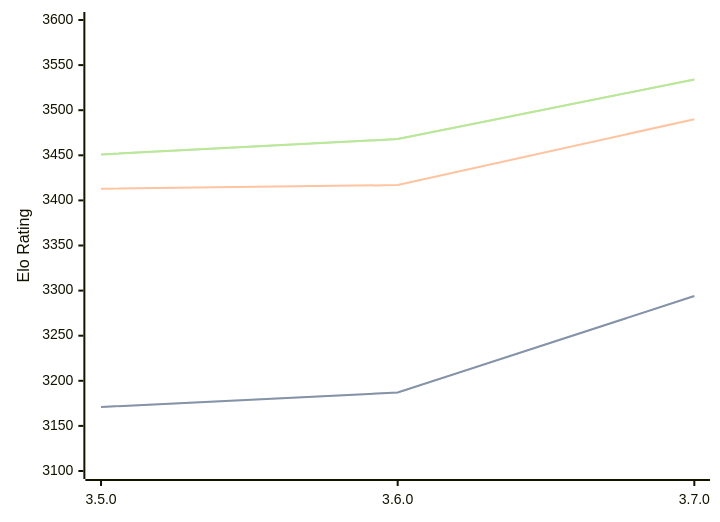
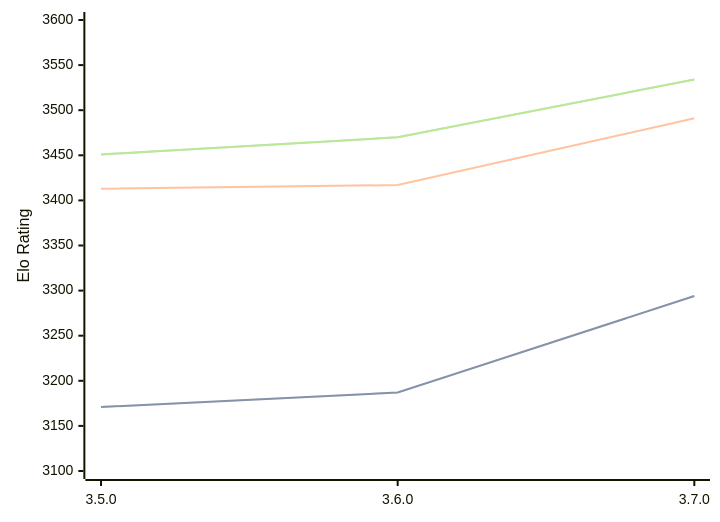
The diagram in engines/Igel.md (computer-chess-index/cci), drawn with Mermaid before and after one commit. The commit also changed other lines of this file, not shown here.

Commit message:
Update CCI Ratings (ELO VLTC) - 2026-09-27

````diff
--- a/engines/Igel.md
+++ b/engines/Igel.md
@@ -33,11 +33,11 @@
 ```mermaid
 %%{init: {"theme":"base","themeVariables":{"seriesColors:['#a3a3a3','#222221','#faa371']}}}%%
 xychart-beta
   x-axis ["3.5.0", "3.6.0", "3.7.0"]
   y-axis "Elo Rating" 3100 --> 3600
   line "" [3171, 3187, 3294]
   line "STC (8.0+0.08s)" [3171, 3187, 3294]
-  line "LTC (60.0+0.60s)" [3413, 3417, 3490]
-  line "" [3451, 3468, 3534]
-  line "VLTC (2m24s+1.12s)" [3451, 3468, 3534]
+  line "LTC (60.0+0.60s)" [3413, 3417, 3491]
+  line "" [3451, 3470, 3534]
+  line "VLTC (2m24s+1.12s)" [3451, 3470, 3534]
 ```
````
